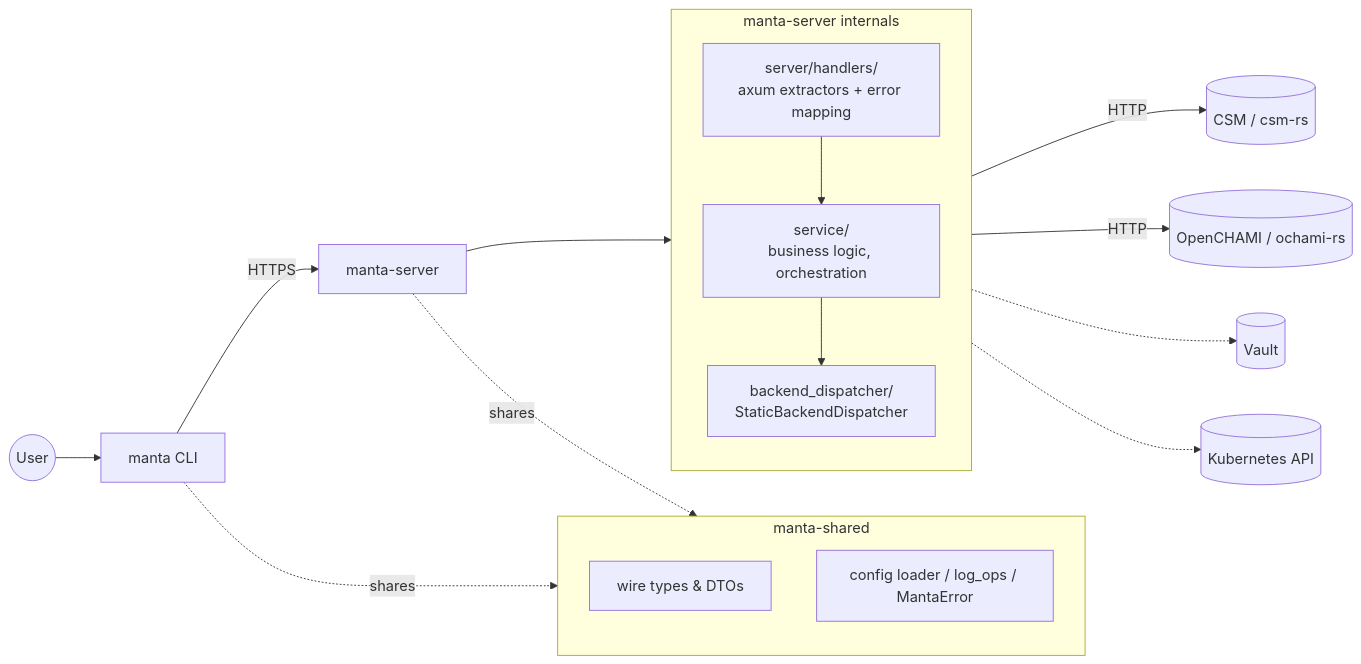
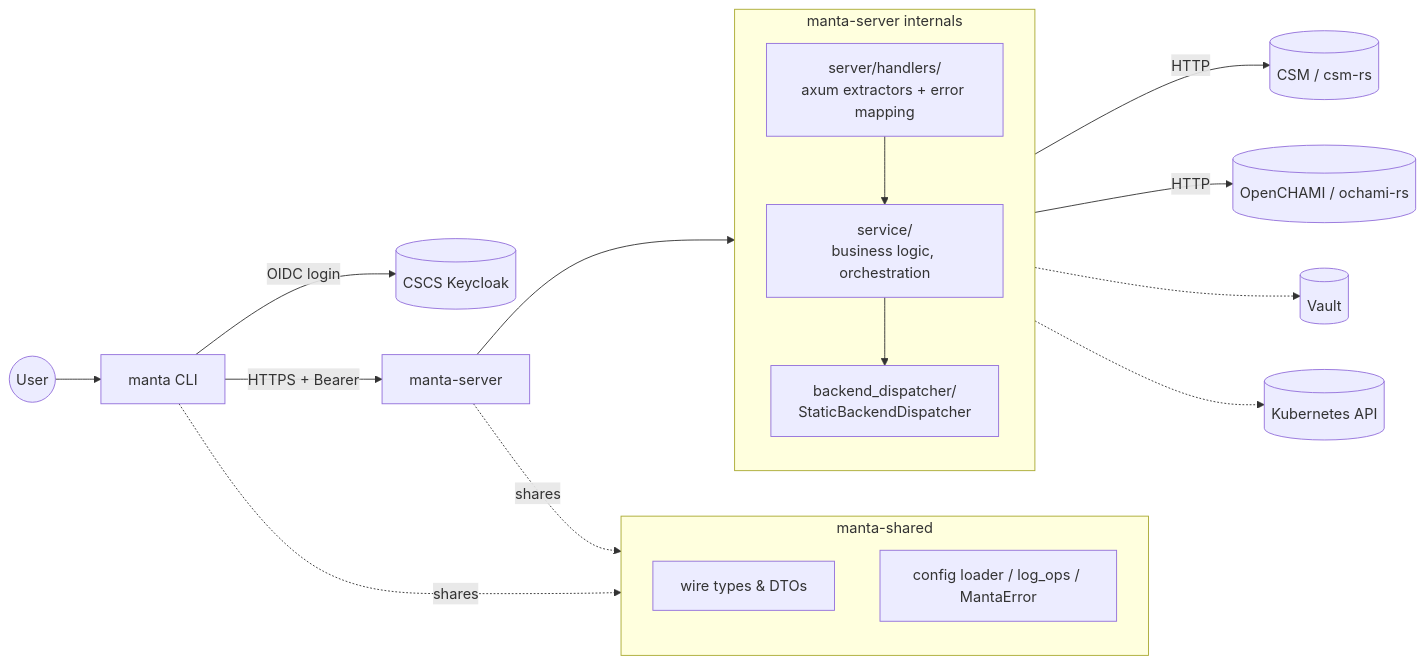
The first of 3 diagrams in ARCHITECTURE.md (eth-cscs/manta), drawn with Mermaid before and after one commit. The commit also changed other lines of this file and 118 other files, not shown here.

First line of the commit message:
Keycloak authentication: one token from CSCS KC for all sites (#115)

````diff
--- a/ARCHITECTURE.md
+++ b/ARCHITECTURE.md
@@ -39,27 +39,28 @@
 ```mermaid
 flowchart LR
   User((User)) --> CLI[manta CLI]
-  CLI -->|HTTPS| Server[manta-server]
+  CLI -->|OIDC login| KC[(CSCS Keycloak)]
+  CLI -->|HTTPS + Bearer| Server[manta-server]
   CLI -. shares .-> Shared
   Server -. shares .-> Shared
 
   subgraph Shared[manta-shared]
     direction TB
     Wire[wire types & DTOs]
     Common[config loader / log_ops / MantaError]
   end
 
   subgraph ServerInternals[manta-server internals]
     direction TB
     Handlers[server/handlers/<br/>axum extractors + error mapping]
     Service[service/<br/>business logic, orchestration]
     Dispatcher[backend_dispatcher/<br/>StaticBackendDispatcher]
     Handlers --> Service --> Dispatcher
   end
 
   Server --> ServerInternals
   Dispatcher -->|HTTP| CSM[(CSM / csm-rs)]
   Dispatcher -->|HTTP| OCHAMI[(OpenCHAMI / ochami-rs)]
   Service -.-> Vault[(Vault)]
   Service -.-> K8s[(Kubernetes API)]
 ```
````
